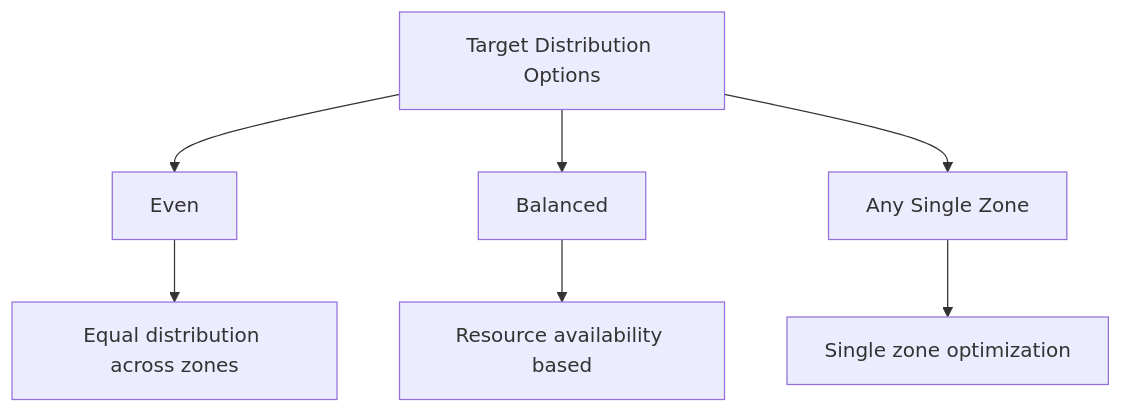
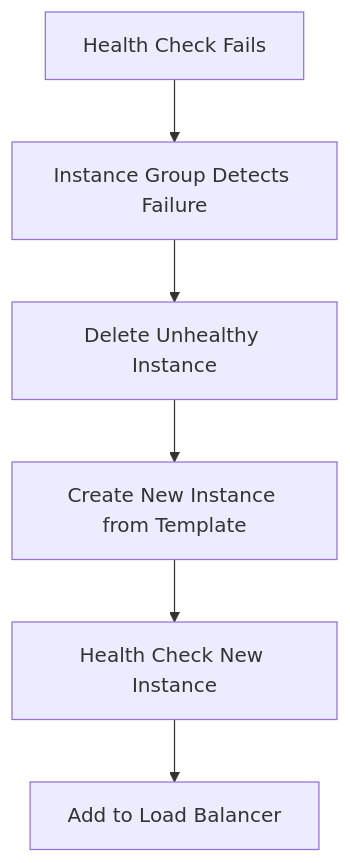
The diagram in SG/Cloud-Concepts-SG-v3/010-how-to-create-instance-group-gcp-in-hindi.md (pavannav/public1), drawn with Mermaid before and after one commit. The commit also changed other lines of this file and 15 other files, not shown here.

````diff
--- a/SG/Cloud-Concepts-SG-v3/010-how-to-create-instance-group-gcp-in-hindi.md
+++ b/SG/Cloud-Concepts-SG-v3/010-how-to-create-instance-group-gcp-in-hindi.md
@@ -67,10 +121,8 @@
 ```mermaid
 graph TD
-    A[Target Distribution Options] --> B[Even]
-    A --> C[Balanced]
-    A --> D[Any Single Zone]
-
-    B --> B1[Equal distribution across zones]
-    C --> C1[Resource availability based]
-    D --> D1[Single zone optimization]
+    A[Health Check Fails] --> B[Instance Group Detects Failure]
+    B --> C[Delete Unhealthy Instance]
+    C --> D[Create New Instance from Template]
+    D --> E[Health Check New Instance]
+    E --> F[Add to Load Balancer]
 ```
````
